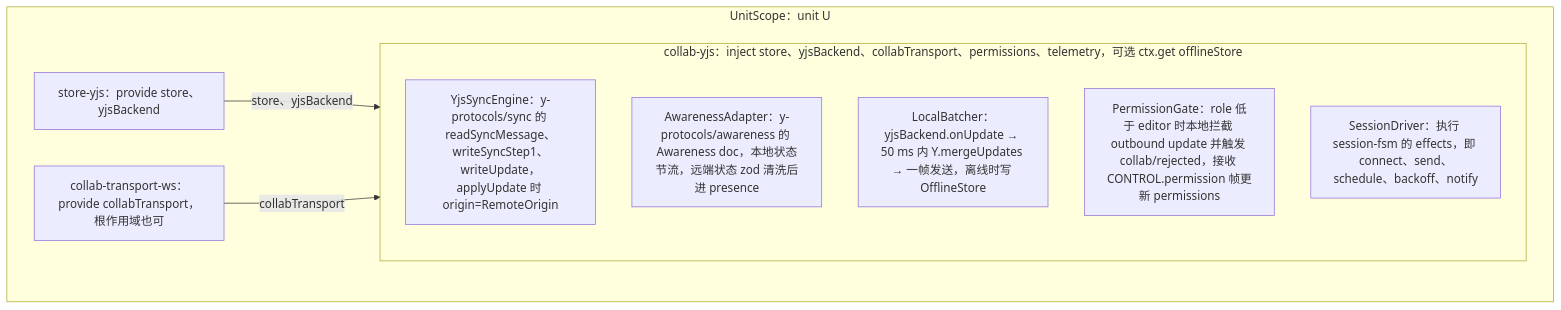
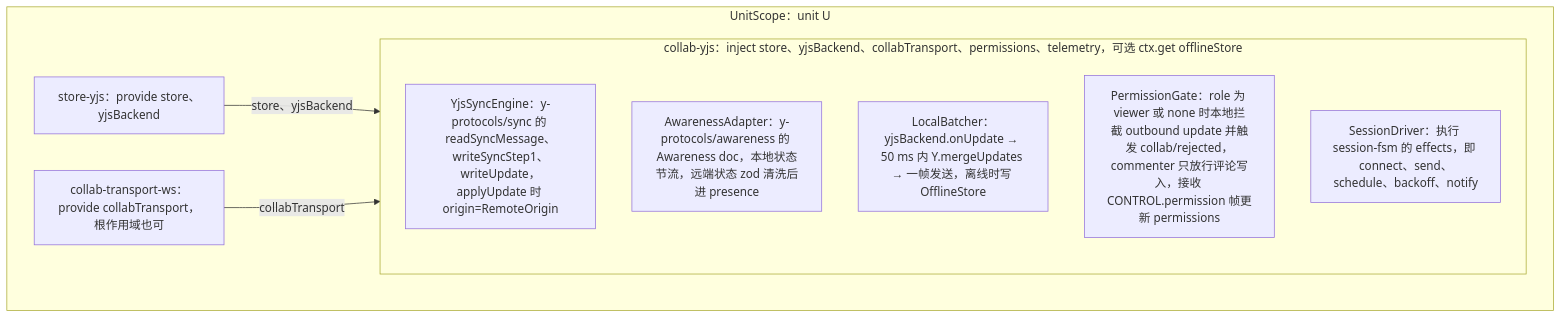
The fourth of 14 diagrams in docs/30-architecture/06-collaboration.md (Xeonice/cordis-ppt-editor), drawn with Mermaid before and after one commit. The commit also changed other lines of this file and 79 other files, not shown here.

````diff
--- a/docs/30-architecture/06-collaboration.md
+++ b/docs/30-architecture/06-collaboration.md
@@ -426,16 +438,16 @@
 ```mermaid
 flowchart TB
   subgraph unitScope["UnitScope：unit U"]
     storeYjs["store-yjs：provide store、yjsBackend"]
     subgraph collabYjs["collab-yjs：inject store、yjsBackend、collabTransport、permissions、telemetry，可选 ctx.get offlineStore"]
       syncEngine["YjsSyncEngine：y-protocols/sync 的 readSyncMessage、writeSyncStep1、writeUpdate，applyUpdate 时 origin=RemoteOrigin"]
       awarenessAdapter["AwarenessAdapter：y-protocols/awareness 的 Awareness doc，本地状态节流，远端状态 zod 清洗后进 presence"]
       localBatcher["LocalBatcher：yjsBackend.onUpdate → 50 ms 内 Y.mergeUpdates → 一帧发送，离线时写 OfflineStore"]
-      permissionGate["PermissionGate：role 低于 editor 时本地拦截 outbound update 并触发 collab/rejected，接收 CONTROL.permission 帧更新 permissions"]
+      permissionGate["PermissionGate：role 为 viewer 或 none 时本地拦截 outbound update 并触发 collab/rejected，commenter 只放行评论写入，接收 CONTROL.permission 帧更新 permissions"]
       sessionDriver["SessionDriver：执行 session-fsm 的 effects，即 connect、send、schedule、backoff、notify"]
     end
     transportWs["collab-transport-ws：provide collabTransport，根作用域也可"]
   end
   storeYjs -- "store、yjsBackend" --> collabYjs
   transportWs -- "collabTransport" --> collabYjs
 ```
````
